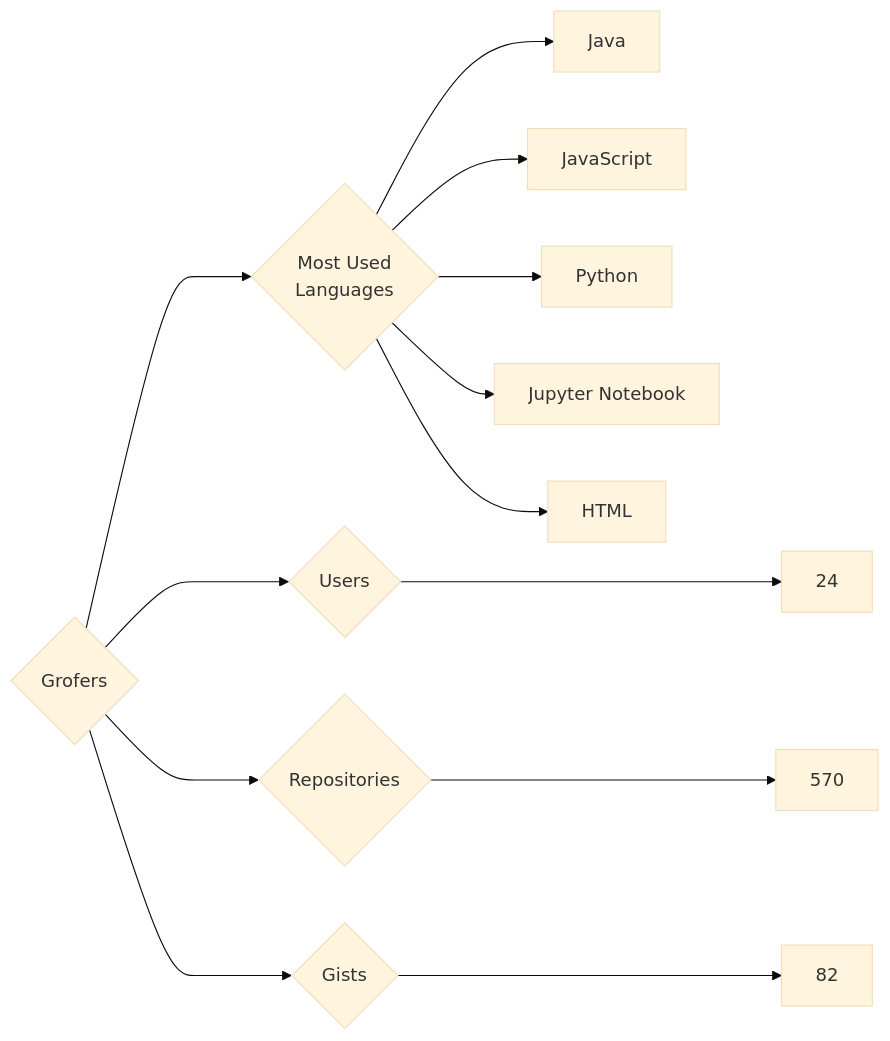
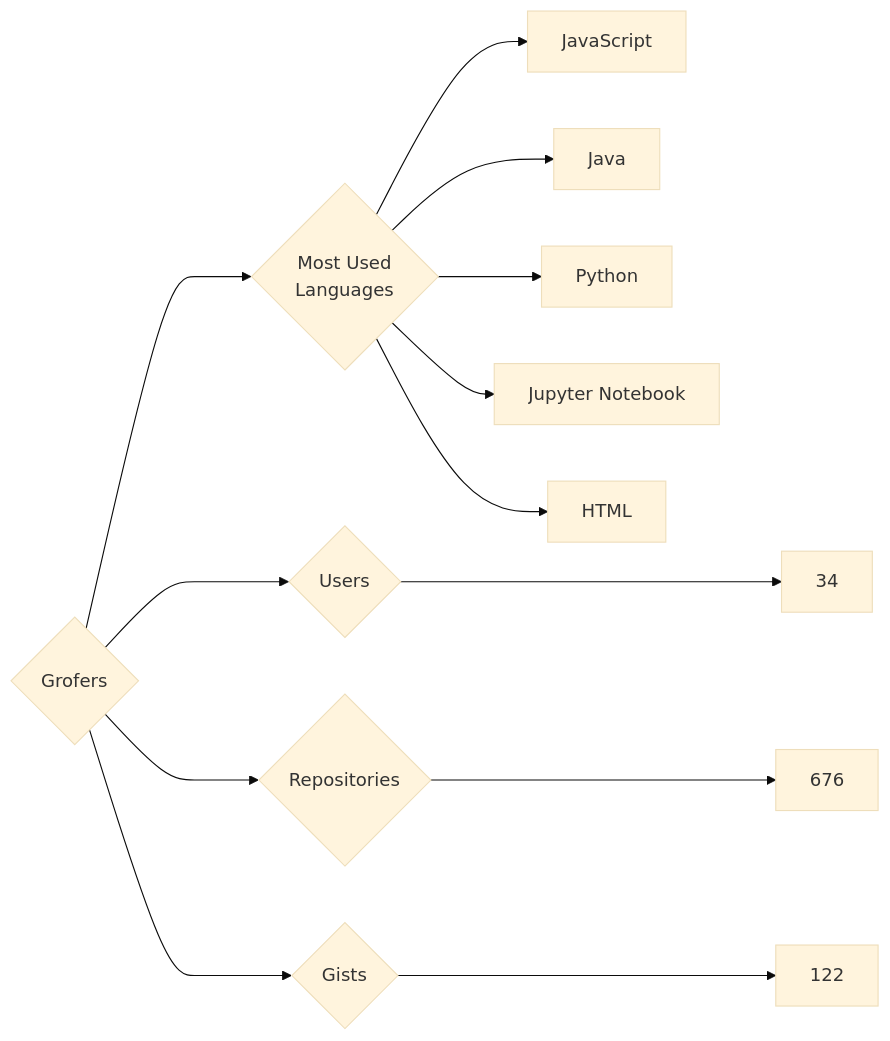
One commit to trickest/insiders changed the diagram in targets/Grofers/README.md. Above: the diagram before and after it, drawn with Mermaid (base theme). The commit also changed 1314 other files, not shown here.

````diff
--- a/targets/Grofers/README.md
+++ b/targets/Grofers/README.md
@@ -3,13 +3,13 @@
 ```mermaid
 graph LR
 COMPANY_NAME{Grofers}
-COMPANY_NAME ---> U{Users} ---> UN[24]
-COMPANY_NAME ---> R{Repositories} ---> RN[570]
-COMPANY_NAME ---> G{Gists} ---> GN[82]
+COMPANY_NAME ---> U{Users} ---> UN[34]
+COMPANY_NAME ---> R{Repositories} ---> RN[676]
+COMPANY_NAME ---> G{Gists} ---> GN[122]
 COMPANY_NAME ---> ML{Most Used<br>Languages}
+ML --> JavaScript[JavaScript]
 ML --> Java[Java]
-ML --> JavaScript[JavaScript]
 ML --> Python[Python]
 ML --> Jupyter_Notebook[Jupyter Notebook]
 ML --> HTML[HTML]
 ```
````
